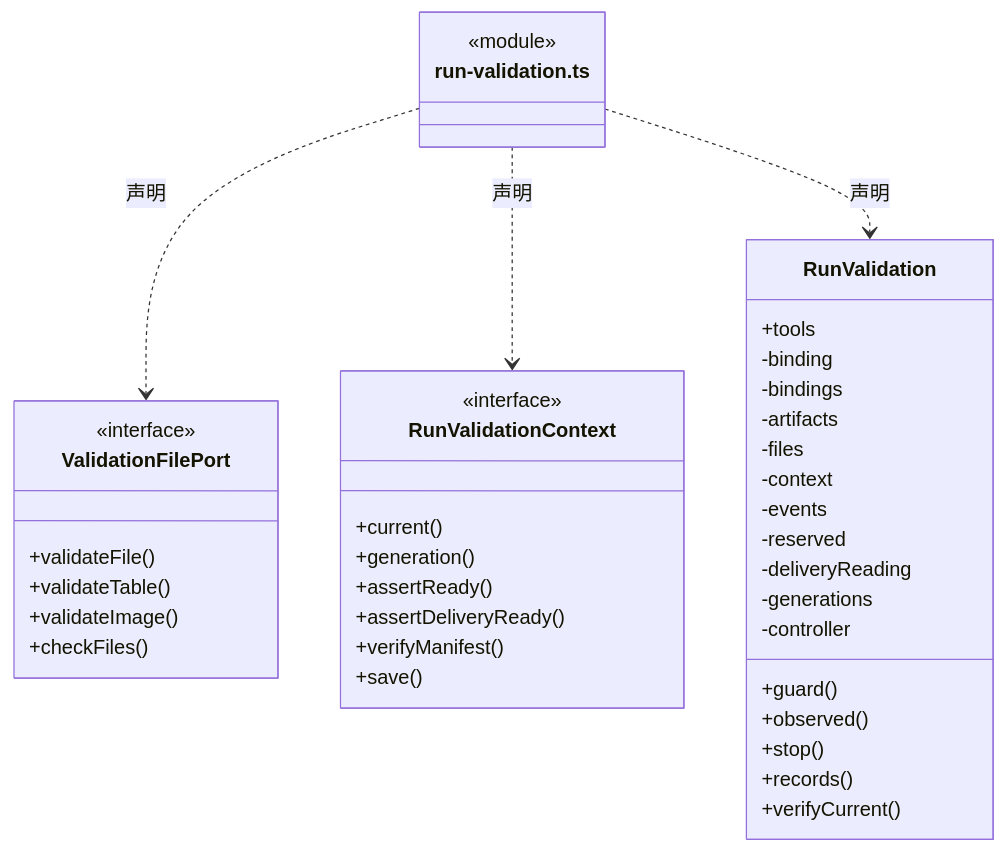
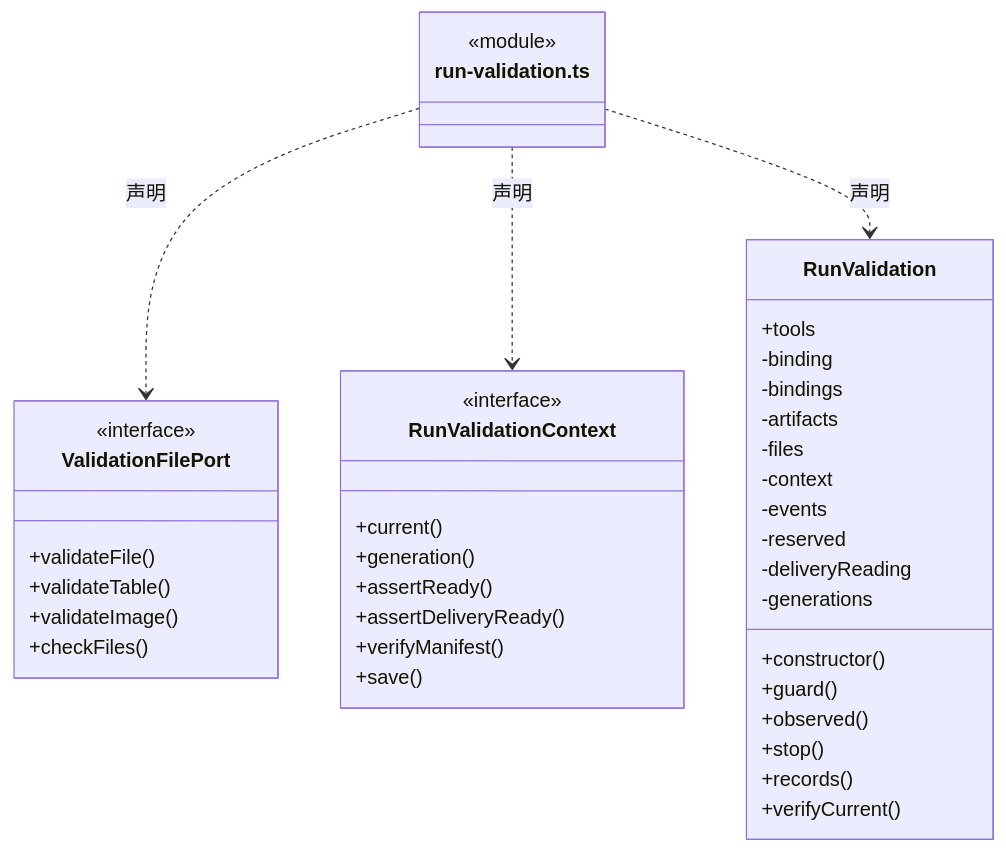
Before and after one commit to nan023062/cbim: diagram 15 of 18 in src/logic/execution/rules/capabilities/ARCHITECTURE.md, drawn with Mermaid. The commit also changed other lines of this file and 139 other files, not shown here.

Commit message:
docs(architecture): add source reading paths and complete file inventories

````diff
--- a/src/logic/execution/rules/capabilities/ARCHITECTURE.md
+++ b/src/logic/execution/rules/capabilities/ARCHITECTURE.md
@@ -388,43 +399,43 @@
 ```mermaid
 classDiagram
 class N_src_logic_execution_rules_capabilities_run_validation_ts["run-validation.ts"] {
   <<module>>
 }
 class N_src_logic_execution_rules_capabilities_run_validation_ts_ValidationFilePort["ValidationFilePort"] {
   <<interface>>
   +validateFile()
   +validateTable()
   +validateImage()
   +checkFiles()
 }
 N_src_logic_execution_rules_capabilities_run_validation_ts ..> N_src_logic_execution_rules_capabilities_run_validation_ts_ValidationFilePort : 声明
 class N_src_logic_execution_rules_capabilities_run_validation_ts_RunValidationContext["RunValidationContext"] {
   <<interface>>
   +current()
   +generation()
   +assertReady()
   +assertDeliveryReady()
   +verifyManifest()
   +save()
 }
 N_src_logic_execution_rules_capabilities_run_validation_ts ..> N_src_logic_execution_rules_capabilities_run_validation_ts_RunValidationContext : 声明
 class N_src_logic_execution_rules_capabilities_run_validation_ts_RunValidation["RunValidation"] {
   +tools
+  +constructor()
   +guard()
   +observed()
   +stop()
   +records()
   +verifyCurrent()
   -binding
   -bindings
   -artifacts
   -files
   -context
   -events
   -reserved
   -deliveryReading
   -generations
-  -controller
 }
 N_src_logic_execution_rules_capabilities_run_validation_ts ..> N_src_logic_execution_rules_capabilities_run_validation_ts_RunValidation : 声明
 ```
````
